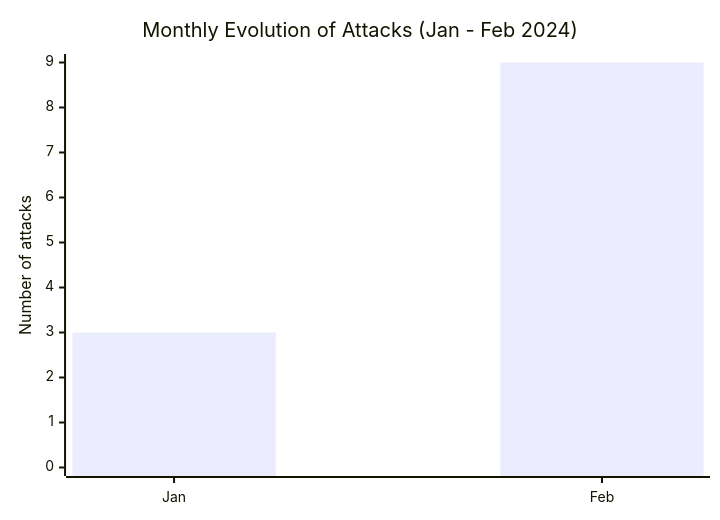
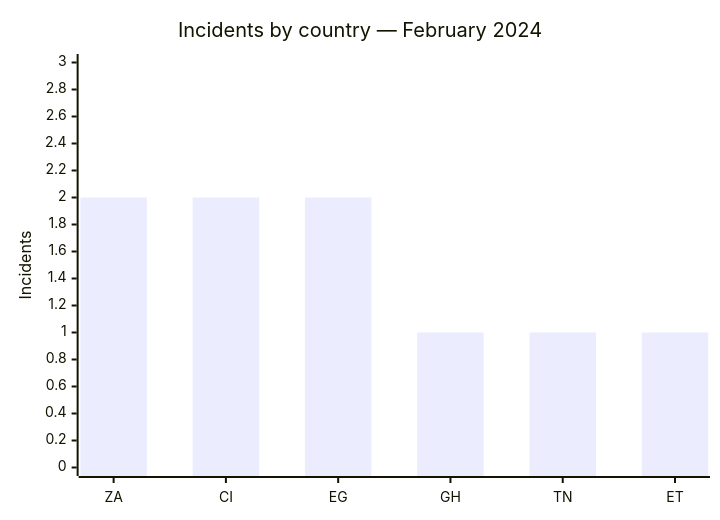
One commit to Hatchepsoute/AFRINTEL changed the first of 2 diagrams in CyberAttackAfrica/2024/02-february/README.md. Above: the diagram before and after it, drawn with Mermaid. The commit also changed other lines of this file and 109 other files, not shown here.

````diff
--- a/CyberAttackAfrica/2024/02-february/README.md
+++ b/CyberAttackAfrica/2024/02-february/README.md
@@ -150,7 +46,7 @@
 ```mermaid
-xychart-beta
-    title "Monthly Evolution of Attacks (Jan - Feb 2024)"
-    x-axis ["Jan", "Feb"]
-    y-axis "Number of attacks" 0 --> 9
-    bar [3, 9]
+xychart
+    title "Incidents by country — February 2024"
+    x-axis ["ZA","CI","EG","GH","TN","ET"]
+    y-axis "Incidents" 0 --> 3
+    bar [2,2,2,1,1,1]
 ```
````
